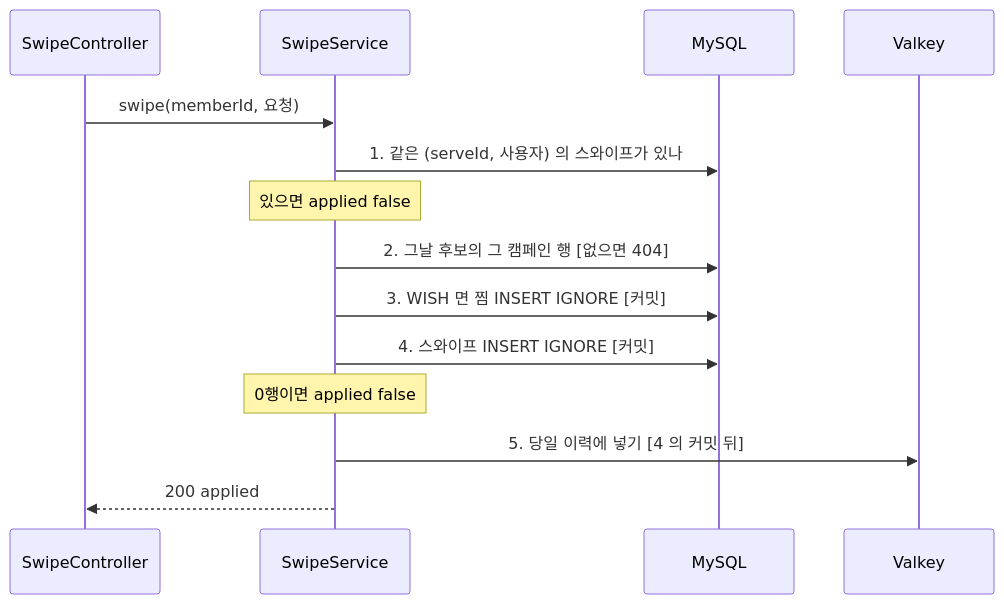
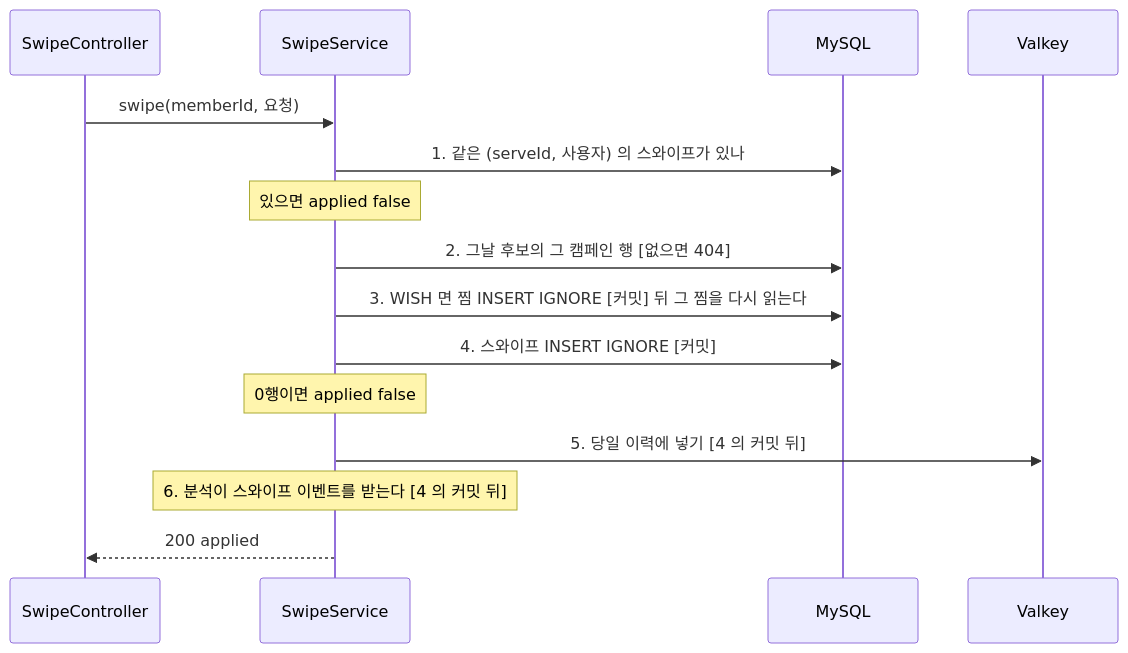
Before and after one commit to lunch-catch/lc-backend: the fourth of 5 diagrams in docs/design/adserving/adserving_구조와_동작_설계.md, drawn with Mermaid. The commit also changed other lines of this file and 16 other files, not shown here.

````diff
--- a/docs/design/adserving/adserving_구조와_동작_설계.md
+++ b/docs/design/adserving/adserving_구조와_동작_설계.md
@@ -364,16 +368,17 @@
 ```mermaid
 sequenceDiagram
     participant C as SwipeController
     participant S as SwipeService
     participant DB as MySQL
     participant V as Valkey
     C->>S: swipe(memberId, 요청)
     S->>DB: 1. 같은 (serveId, 사용자) 의 스와이프가 있나
     Note over S: 있으면 applied false
     S->>DB: 2. 그날 후보의 그 캠페인 행 [없으면 404]
-    S->>DB: 3. WISH 면 찜 INSERT IGNORE [커밋]
+    S->>DB: 3. WISH 면 찜 INSERT IGNORE [커밋] 뒤 그 찜을 다시 읽는다
     S->>DB: 4. 스와이프 INSERT IGNORE [커밋]
     Note over S: 0행이면 applied false
     S->>V: 5. 당일 이력에 넣기 [4 의 커밋 뒤]
+    Note over S: 6. 분석이 스와이프 이벤트를 받는다 [4 의 커밋 뒤]
     S-->>C: 200 applied
 ```
````
